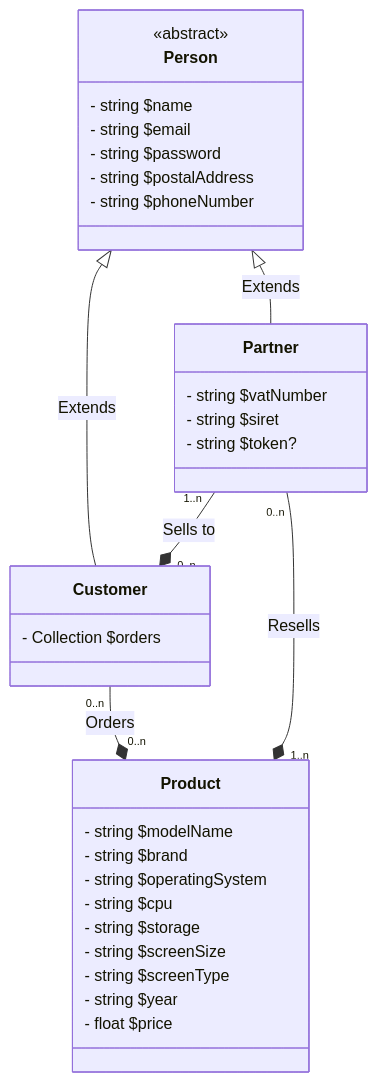
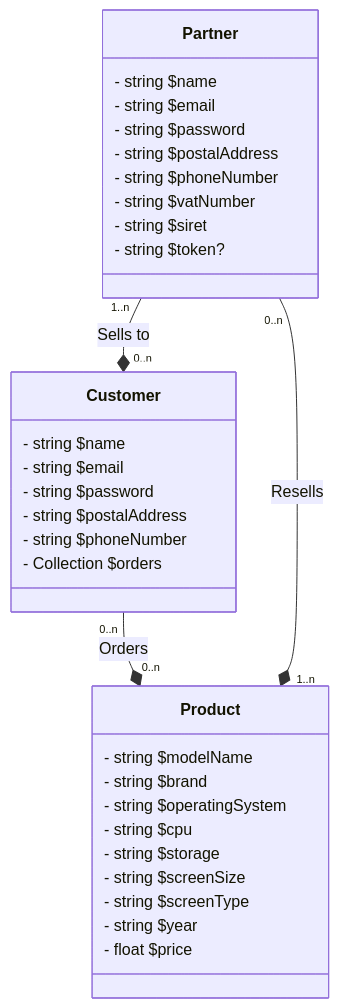
The diagram in doc/diagrams/classes.md (Palingenae/OC-P7-BileMo), drawn with Mermaid before and after one commit.

Commit message:
update: classes diagram

````diff
--- a/doc/diagrams/classes.md
+++ b/doc/diagrams/classes.md
@@ -1,38 +1,38 @@
 ```mermaid
     classDiagram
-        Person <|-- Customer: Extends
-        Person <|-- Partner: Extends
         Customer "0..n" --* "0..n" Product: Orders
         Partner "0..n" --* "1..n" Product: Resells
         Partner "1..n" --* "0..n" Customer: Sells to
-        class Person {
-            <<abstract>>
+        %% Those who will order the products %%
+        class Customer {
             - string $name
             - string $email
             - string $password
             - string $postalAddress
             - string $phoneNumber
-        }
-        %% Those who will order the products %%
-        class Customer {
             - Collection<Product> $orders
         }
         %% As in BileMo's Commercial Partner %%
         class Partner {
+            - string $name
+            - string $email
+            - string $password
+            - string $postalAddress
+            - string $phoneNumber
             - string $vatNumber
             - string $siret
             - string $token?
         }
         %% Asserting that they will only make a phone catalog %%
         class Product {
             - string $modelName
             - string $brand
             - string $operatingSystem
             - string $cpu
             - string $storage
             - string $screenSize
             - string $screenType
             - string $year
             - float $price
         }
 ```
````
